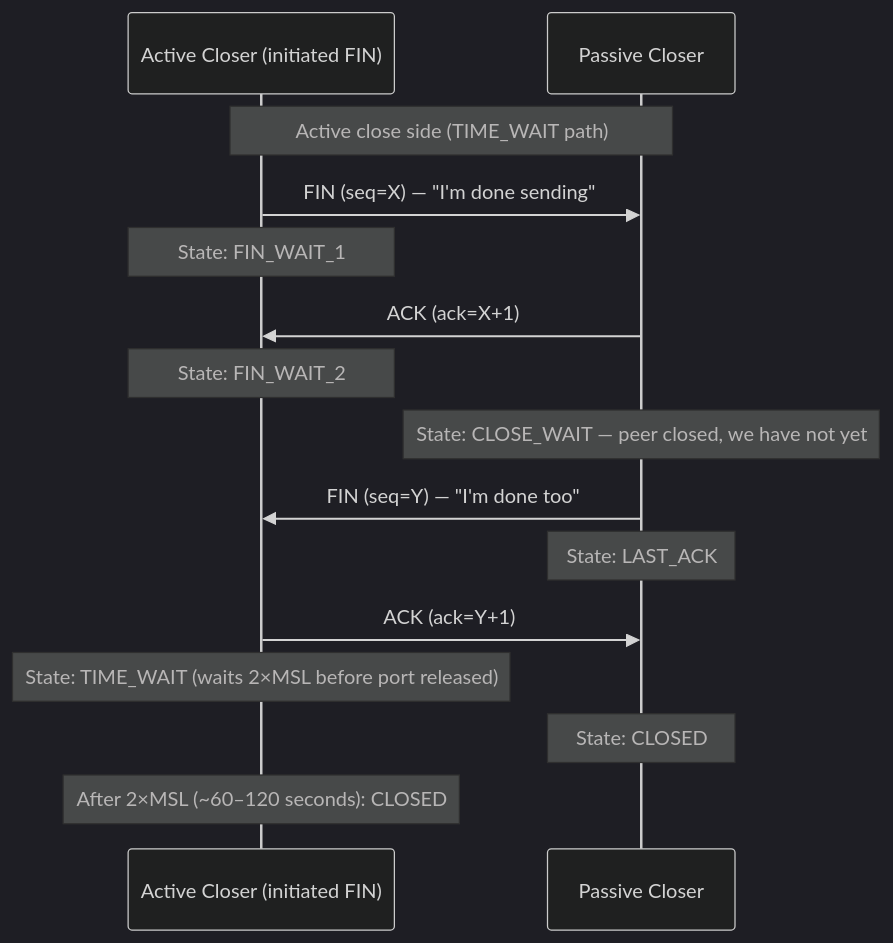
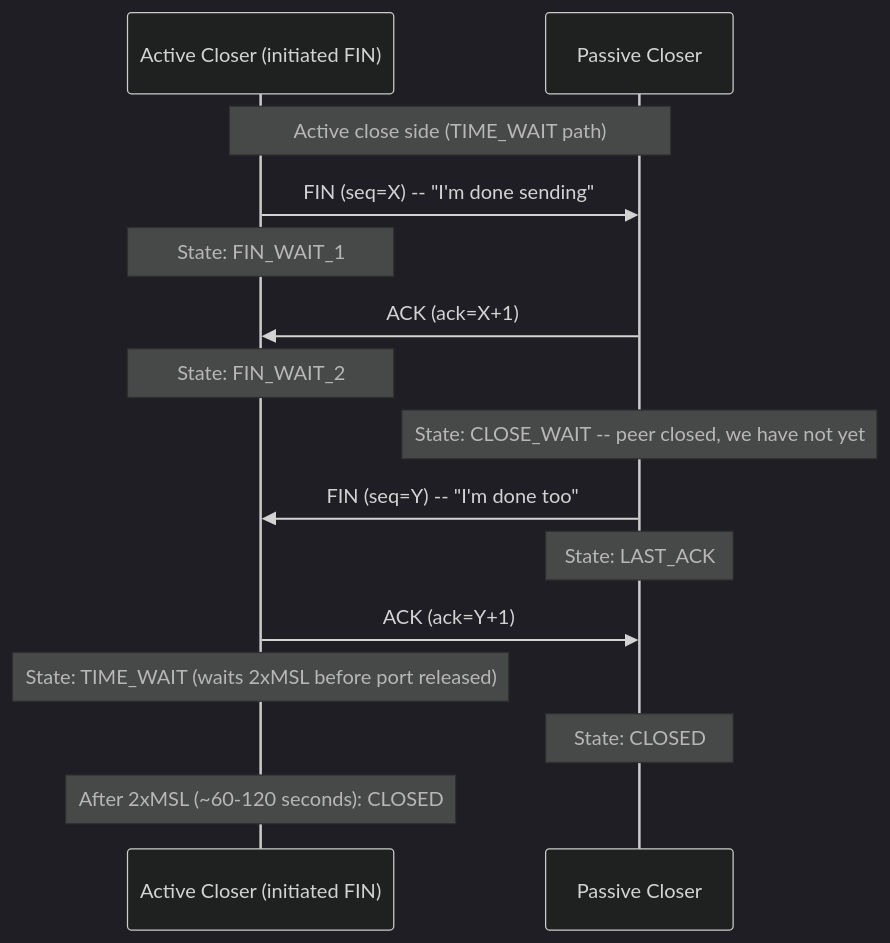
Before and after one commit to ranjeetnegi/System-Design-for-Staff-SWE: diagram 12 of 13 in Section0/Chapter_4_Networking_Foundations.md, drawn with Mermaid (dark theme). The commit also changed other lines of this file and 11 other files, not shown here.

````diff
--- a/Section0/Chapter_4_Networking_Foundations.md
+++ b/Section0/Chapter_4_Networking_Foundations.md
@@ -1864,20 +1864,20 @@
 ```mermaid
 sequenceDiagram
     participant A as Active Closer (initiated FIN)
     participant B as Passive Closer
 
     Note over A,B: Active close side (TIME_WAIT path)
-    A->>B: FIN (seq=X) — "I'm done sending"
+    A->>B: FIN (seq=X) -- "I'm done sending"
     Note over A: State: FIN_WAIT_1
     B->>A: ACK (ack=X+1)
     Note over A: State: FIN_WAIT_2
-    Note over B: State: CLOSE_WAIT — peer closed, we have not yet
+    Note over B: State: CLOSE_WAIT -- peer closed, we have not yet
 
-    B->>A: FIN (seq=Y) — "I'm done too"
+    B->>A: FIN (seq=Y) -- "I'm done too"
     Note over B: State: LAST_ACK
     A->>B: ACK (ack=Y+1)
-    Note over A: State: TIME_WAIT (waits 2×MSL before port released)
+    Note over A: State: TIME_WAIT (waits 2xMSL before port released)
     Note over B: State: CLOSED
 
-    Note over A: After 2×MSL (~60–120 seconds): CLOSED
+    Note over A: After 2xMSL (~60-120 seconds): CLOSED
 ```
````
